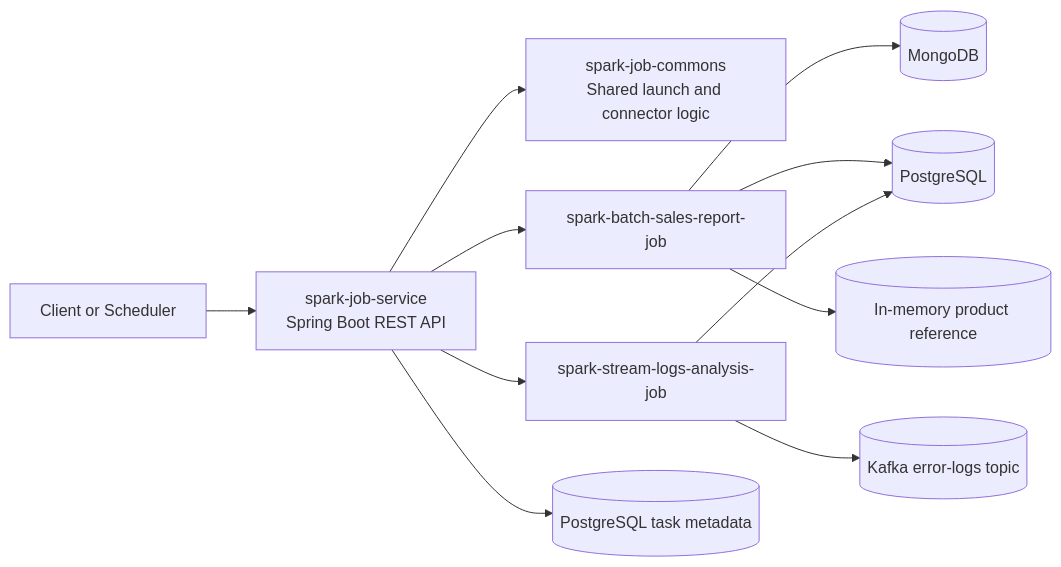
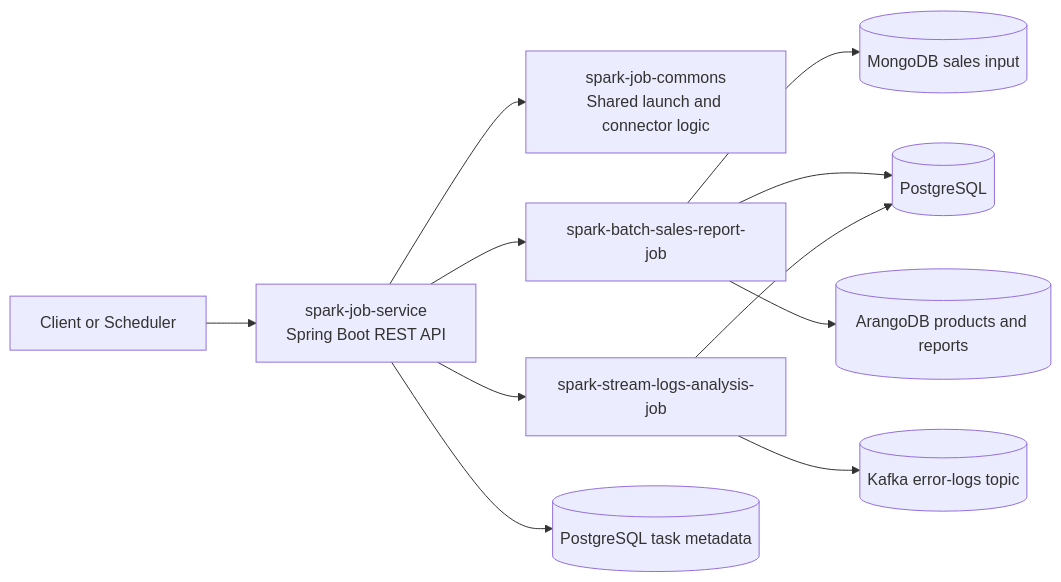
The first of 6 diagrams in docs/ARCHITECTURE.md (paulchen8206/Spark-Platform-on-Kubernetes-with-Spring-Boot), drawn with Mermaid before and after one commit. The commit also changed other lines of this file and 9 other files, not shown here.

````diff
--- a/docs/ARCHITECTURE.md
+++ b/docs/ARCHITECTURE.md
@@ -7,16 +7,16 @@
 ```mermaid
 flowchart LR
   A[Client or Scheduler] --> B[spark-job-service\nSpring Boot REST API]
   B --> C[spark-job-commons\nShared launch and connector logic]
   B --> D[spark-batch-sales-report-job]
   B --> E[spark-stream-logs-analysis-job]
 
-  D --> F[(MongoDB)]
+  D --> F[(MongoDB sales input)]
   D --> G[(PostgreSQL)]
-  D --> P[(In-memory product reference)]
+  D --> P[(ArangoDB products and reports)]
 
   E --> I[(Kafka error-logs topic)]
   E --> G
 
   B --> J[(PostgreSQL task metadata)]
 ```
````
